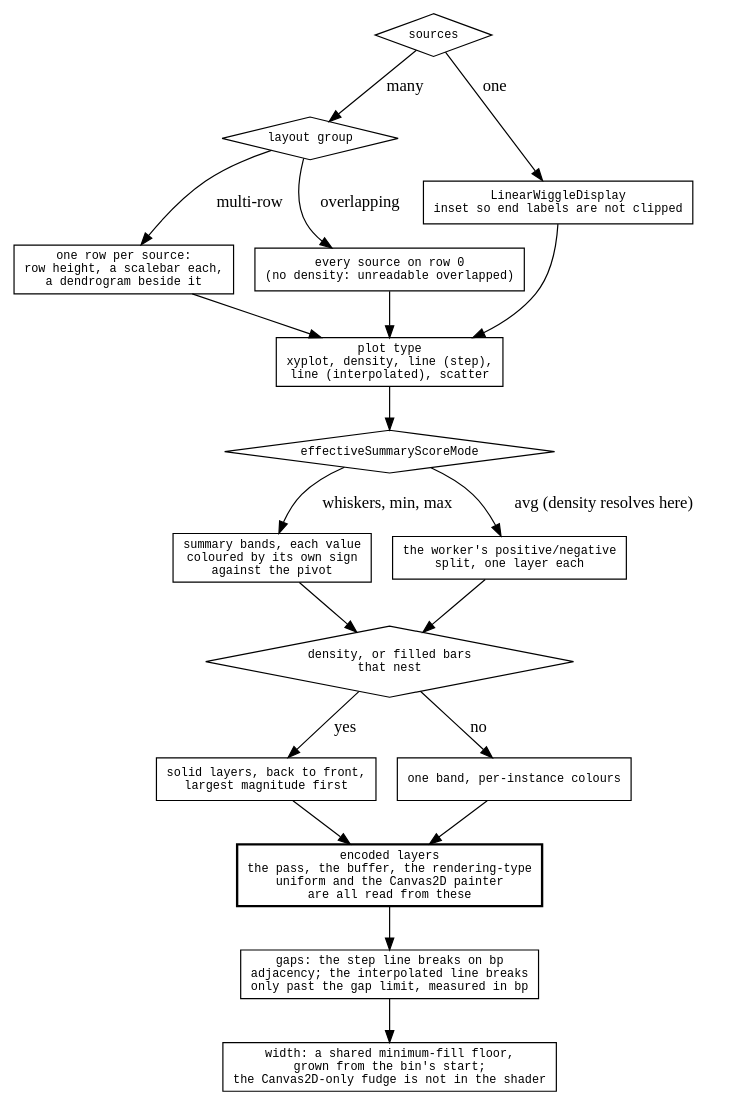
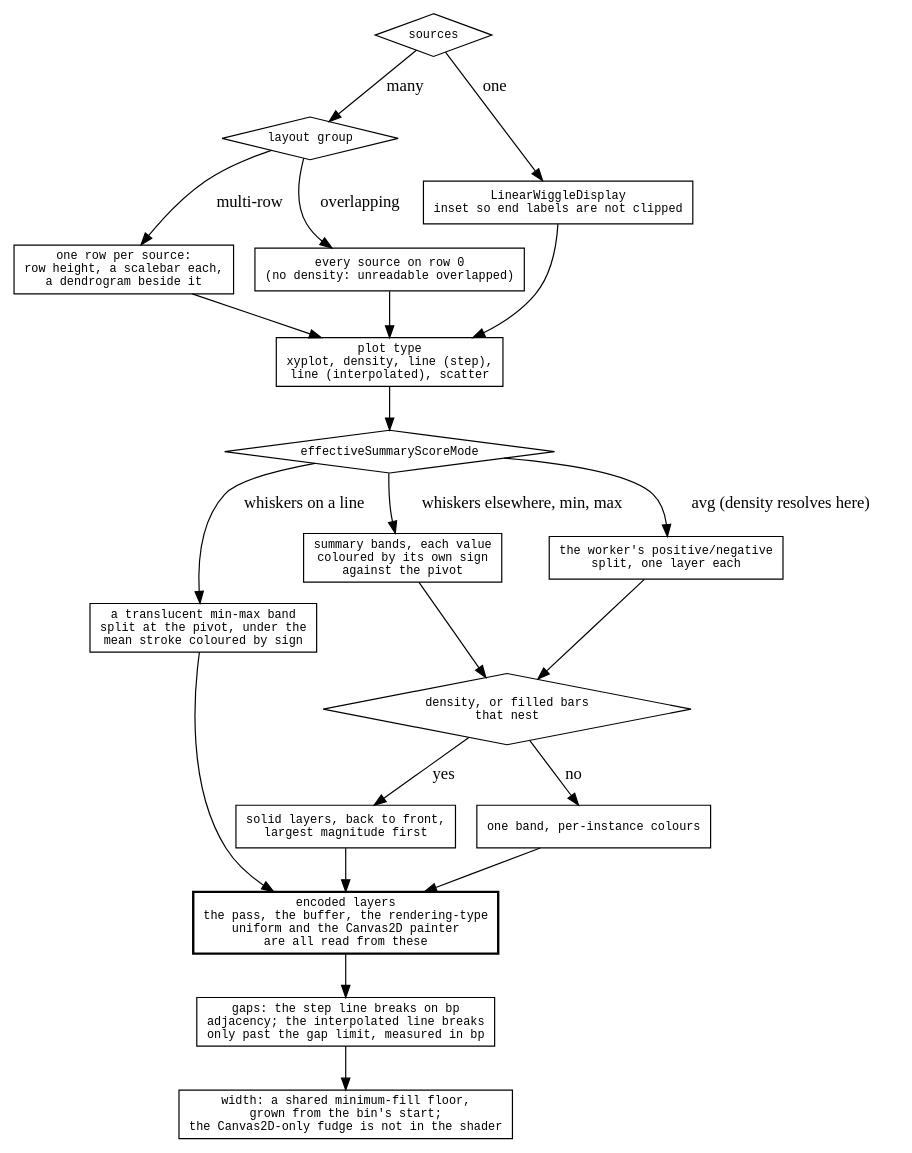
Before and after one commit to GMOD/jbrowse-components: the diagram in agent-docs/mechanisms/diagrams/wiggle-shape.dot, drawn with Graphviz. The commit also changed 4 other files, not shown here.

Commit message:
docs(wiggle): describe line-plot whiskers as a band under the mean

```diff
--- a/agent-docs/mechanisms/diagrams/wiggle-shape.dot
+++ b/agent-docs/mechanisms/diagrams/wiggle-shape.dot
@@ -1,40 +1,42 @@
 digraph wiggle_shape {
   rankdir=TB
   node [shape=box fontname=monospace fontsize=10]
   { node [shape=diamond] many; layout; summary; nests }
 
   many [label="sources"]
   many -> single [label=" one"]
   many -> layout [label=" many"]
   single [label="LinearWiggleDisplay\ninset so end labels are not clipped"]
 
   layout [label="layout group"]
   layout -> multirow [label=" multi-row"]
   layout -> overlay  [label=" overlapping"]
   multirow [label="one row per source:\nrow height, a scalebar each,\na dendrogram beside it"]
   overlay  [label="every source on row 0\n(no density: unreadable overlapped)"]
 
   plot [label="plot type\nxyplot, density, line (step),\nline (interpolated), scatter"]
   single -> plot  multirow -> plot  overlay -> plot
 
   summary [label="effectiveSummaryScoreMode"]
   plot -> summary
-  summary -> bands [label=" whiskers, min, max"]
+  summary -> range [label=" whiskers on a line"]
+  summary -> bands [label=" whiskers elsewhere, min, max"]
   summary -> avg   [label=" avg (density resolves here)"]
+  range [label="a translucent min-max band\nsplit at the pivot, under the\nmean stroke coloured by sign"]
   bands [label="summary bands, each value\ncoloured by its own sign\nagainst the pivot"]
   avg   [label="the worker's positive/negative\nsplit, one layer each"]
 
   nests [label="density, or filled bars\nthat nest"]
   bands -> nests  avg -> nests
   nests -> split [label=" yes"]
   nests -> whole [label=" no"]
   split [label="solid layers, back to front,\nlargest magnitude first"]
   whole [label="one band, per-instance colours"]
 
   encoded [label="encoded layers\nthe pass, the buffer, the rendering-type\nuniform and the Canvas2D painter\nare all read from these", style=bold]
-  split -> encoded  whole -> encoded
+  split -> encoded  whole -> encoded  range -> encoded
 
   gaps  [label="gaps: the step line breaks on bp\nadjacency; the interpolated line breaks\nonly past the gap limit, measured in bp"]
   width [label="width: a shared minimum-fill floor,\ngrown from the bin's start;\nthe Canvas2D-only fudge is not in the shader"]
   encoded -> gaps -> width
 }
```
